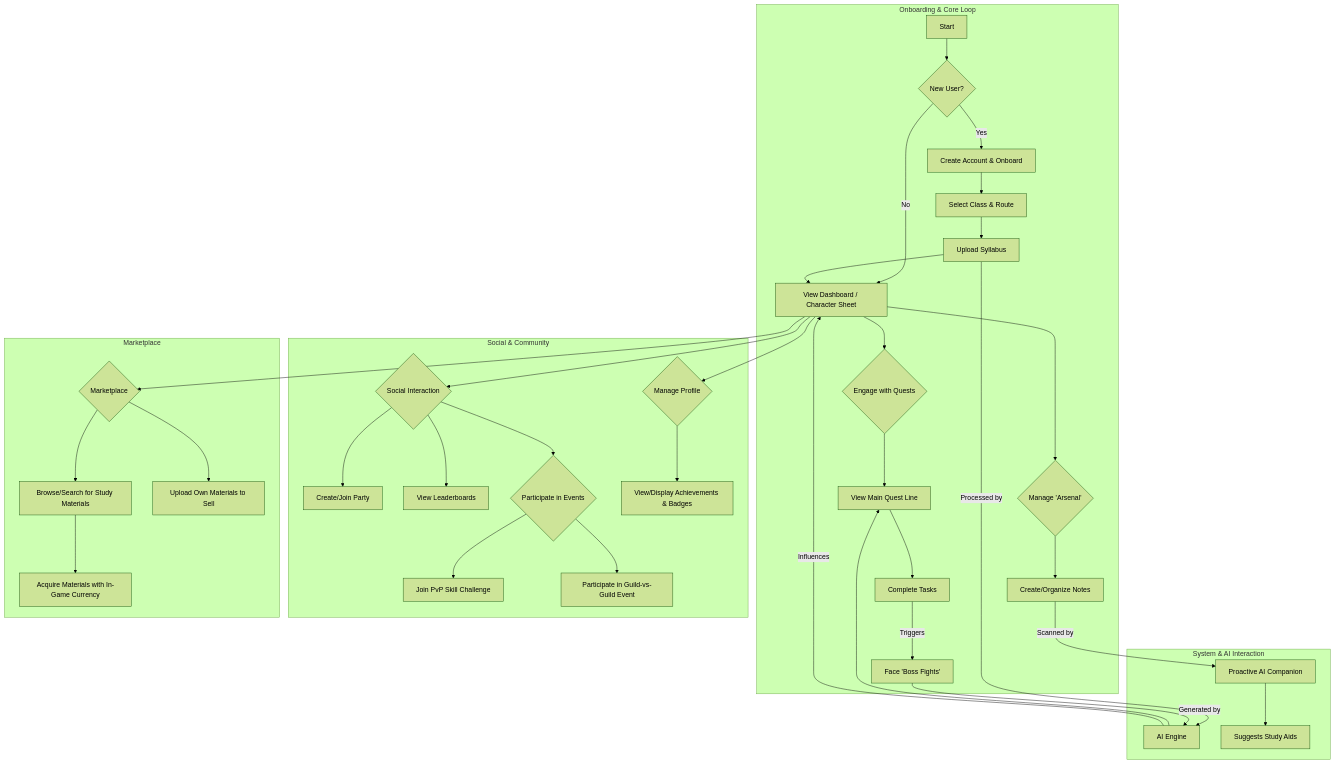
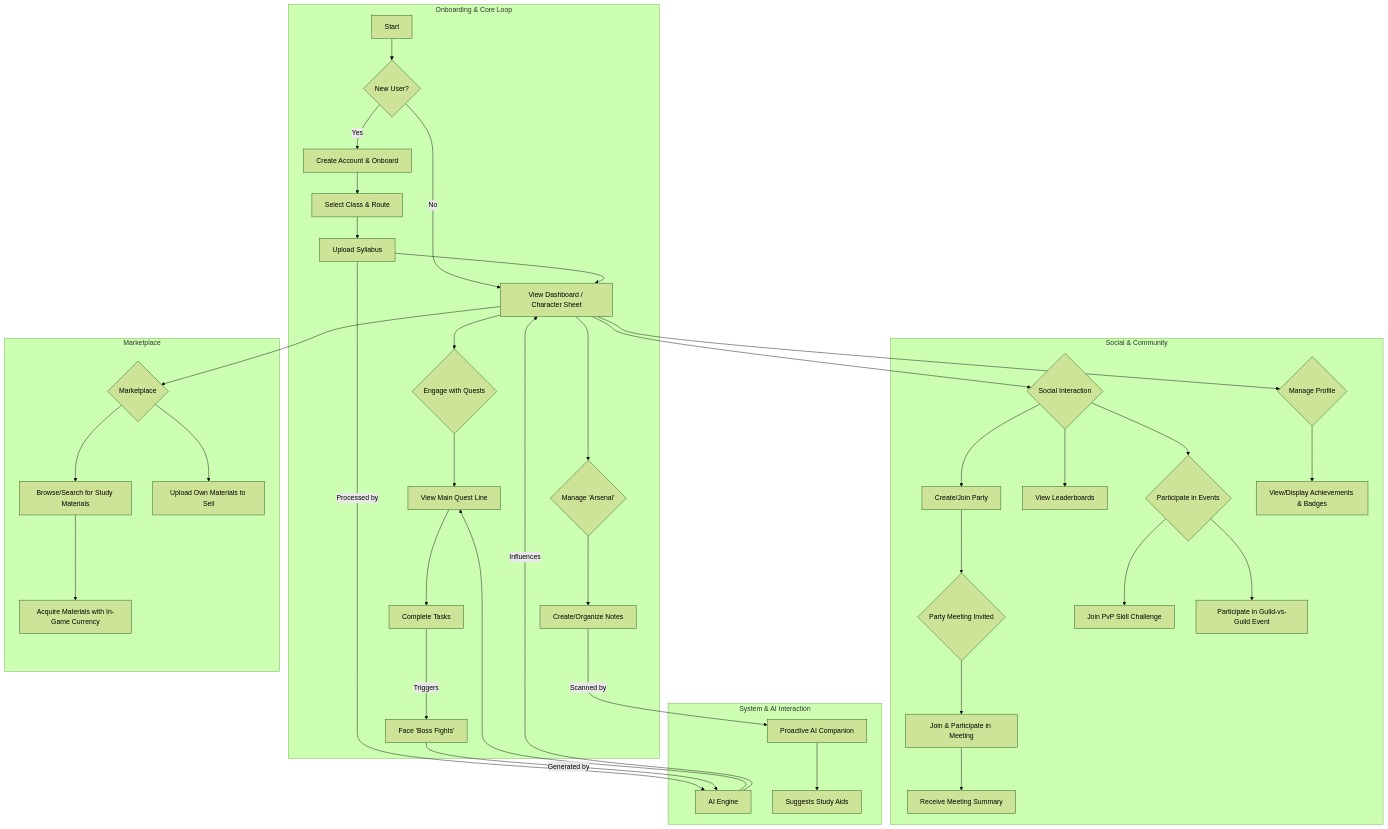
The first of 5 diagrams in docs/prd/user-flows.md (FA25SE050-RogueLearn/RogueLearn.BMAD.Documentation), drawn with Mermaid (forest theme) before and after one commit. The commit also changed other lines of this file and 4 other files, not shown here.

Commit message:
feat: added meeting record and summary feature

````diff
--- a/docs/prd/user-flows.md
+++ b/docs/prd/user-flows.md
@@ -7,44 +7,47 @@
 ```mermaid
 graph TD
     subgraph "Onboarding & Core Loop"
         A[Start] --> B{New User?};
         B -- Yes --> C[Create Account & Onboard];
         B -- No --> F[View Dashboard / Character Sheet];
         C --> D[Select Class & Route];
         D --> E[Upload Syllabus];
         E --> F;
         F --> G{Engage with Quests};
         G --> H[View Main Quest Line];
         H --> I[Complete Tasks];
         I -- Triggers --> J[Face 'Boss Fights'];
         F --> K{Manage 'Arsenal'};
         K --> L[Create/Organize Notes];
     end
 
     subgraph "Social & Community"
         F --> M{Social Interaction};
         M --> N[Create/Join Party];
+        N --> N1{Party Meeting Invited};
+        N1 --> N2[Join & Participate in Meeting];
+        N2 --> N3[Receive Meeting Summary];
         M --> O[View Leaderboards];
         M --> P{Participate in Events};
         P --> Q[Join PvP Skill Challenge];
         P --> R[Participate in Guild-vs-Guild Event];
         F --> S{Manage Profile};
         S --> T[View/Display Achievements & Badges];
     end
 
     subgraph "Marketplace"
         F --> U{Marketplace};
         U --> V[Browse/Search for Study Materials];
         V --> W[Acquire Materials with In-Game Currency];
         U --> X[Upload Own Materials to Sell];
     end
 
     subgraph "System & AI Interaction"
         E -- Processed by --> AI1[AI Engine];
         AI1 --> H;
         AI1 -- Influences --> F;
         J -- Generated by --> AI1;
         L -- Scanned by --> AI2[Proactive AI Companion];
         AI2 --> Y[Suggests Study Aids];
     end
 ```
````
